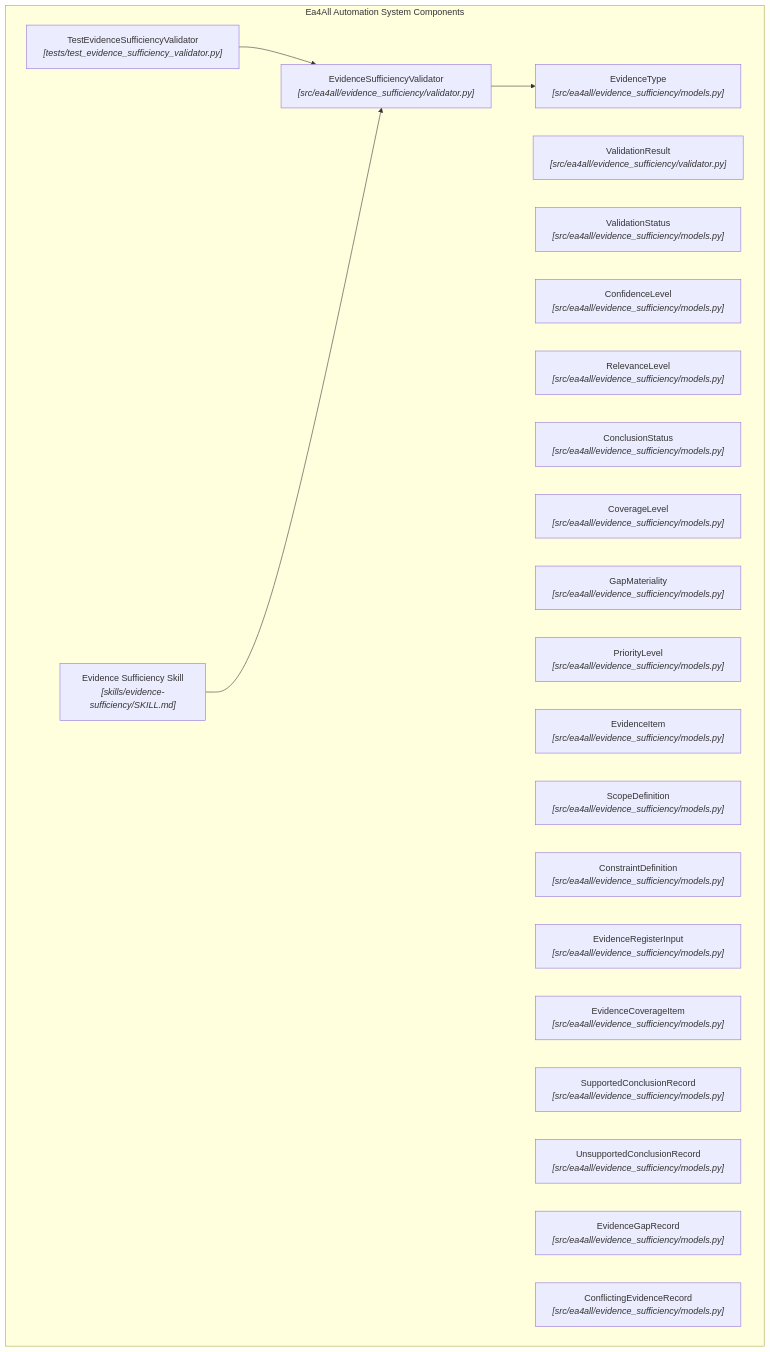
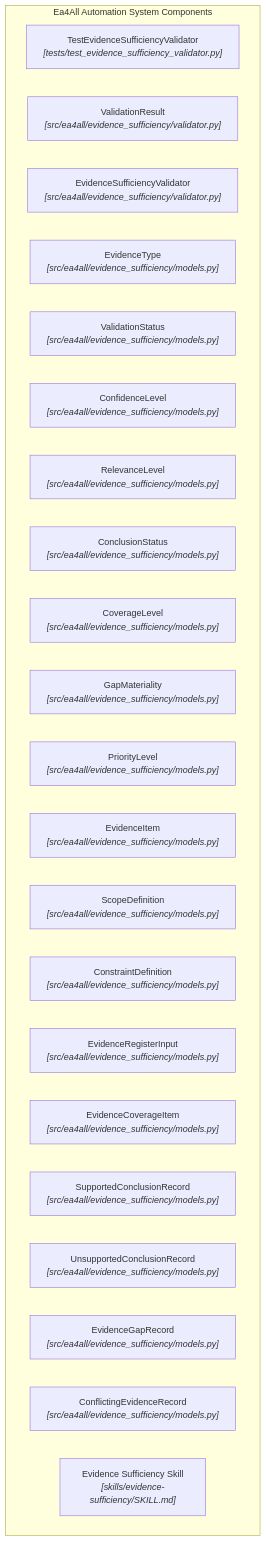
The diagram in projects/ea4all-automation/architecture-state/diagrams/components.mmd (cas-governance-portal/cas-governance-portal.github.io), drawn with Mermaid before and after one commit. The commit also changed other lines of this file and 44 other files, not shown here.

```diff
--- a/projects/ea4all-automation/architecture-state/diagrams/components.mmd
+++ b/projects/ea4all-automation/architecture-state/diagrams/components.mmd
@@ -1,27 +1,24 @@
 flowchart TD
     subgraph Components["Ea4All Automation System Components"]
         comp_testevidencesufficiencyvalidator["TestEvidenceSufficiencyValidator<br/><i>[tests/test_evidence_sufficiency_validator.py]</i>"]
         comp_validationresult["ValidationResult<br/><i>[src/ea4all/evidence_sufficiency/validator.py]</i>"]
         comp_evidencesufficiencyvalidator["EvidenceSufficiencyValidator<br/><i>[src/ea4all/evidence_sufficiency/validator.py]</i>"]
         comp_evidencetype["EvidenceType<br/><i>[src/ea4all/evidence_sufficiency/models.py]</i>"]
         comp_validationstatus["ValidationStatus<br/><i>[src/ea4all/evidence_sufficiency/models.py]</i>"]
         comp_confidencelevel["ConfidenceLevel<br/><i>[src/ea4all/evidence_sufficiency/models.py]</i>"]
         comp_relevancelevel["RelevanceLevel<br/><i>[src/ea4all/evidence_sufficiency/models.py]</i>"]
         comp_conclusionstatus["ConclusionStatus<br/><i>[src/ea4all/evidence_sufficiency/models.py]</i>"]
         comp_coveragelevel["CoverageLevel<br/><i>[src/ea4all/evidence_sufficiency/models.py]</i>"]
         comp_gapmateriality["GapMateriality<br/><i>[src/ea4all/evidence_sufficiency/models.py]</i>"]
         comp_prioritylevel["PriorityLevel<br/><i>[src/ea4all/evidence_sufficiency/models.py]</i>"]
         comp_evidenceitem["EvidenceItem<br/><i>[src/ea4all/evidence_sufficiency/models.py]</i>"]
         comp_scopedefinition["ScopeDefinition<br/><i>[src/ea4all/evidence_sufficiency/models.py]</i>"]
         comp_constraintdefinition["ConstraintDefinition<br/><i>[src/ea4all/evidence_sufficiency/models.py]</i>"]
         comp_evidenceregisterinput["EvidenceRegisterInput<br/><i>[src/ea4all/evidence_sufficiency/models.py]</i>"]
         comp_evidencecoverageitem["EvidenceCoverageItem<br/><i>[src/ea4all/evidence_sufficiency/models.py]</i>"]
         comp_supportedconclusionrecord["SupportedConclusionRecord<br/><i>[src/ea4all/evidence_sufficiency/models.py]</i>"]
         comp_unsupportedconclusionrecord["UnsupportedConclusionRecord<br/><i>[src/ea4all/evidence_sufficiency/models.py]</i>"]
         comp_evidencegaprecord["EvidenceGapRecord<br/><i>[src/ea4all/evidence_sufficiency/models.py]</i>"]
         comp_conflictingevidencerecord["ConflictingEvidenceRecord<br/><i>[src/ea4all/evidence_sufficiency/models.py]</i>"]
         comp_skill_evidence_sufficiency["Evidence Sufficiency Skill<br/><i>[skills/evidence-sufficiency/SKILL.md]</i>"]
     end
-    comp_testevidencesufficiencyvalidator --> comp_evidencesufficiencyvalidator
-    comp_evidencesufficiencyvalidator --> comp_evidencetype
-    comp_skill_evidence_sufficiency --> comp_evidencesufficiencyvalidator
```
